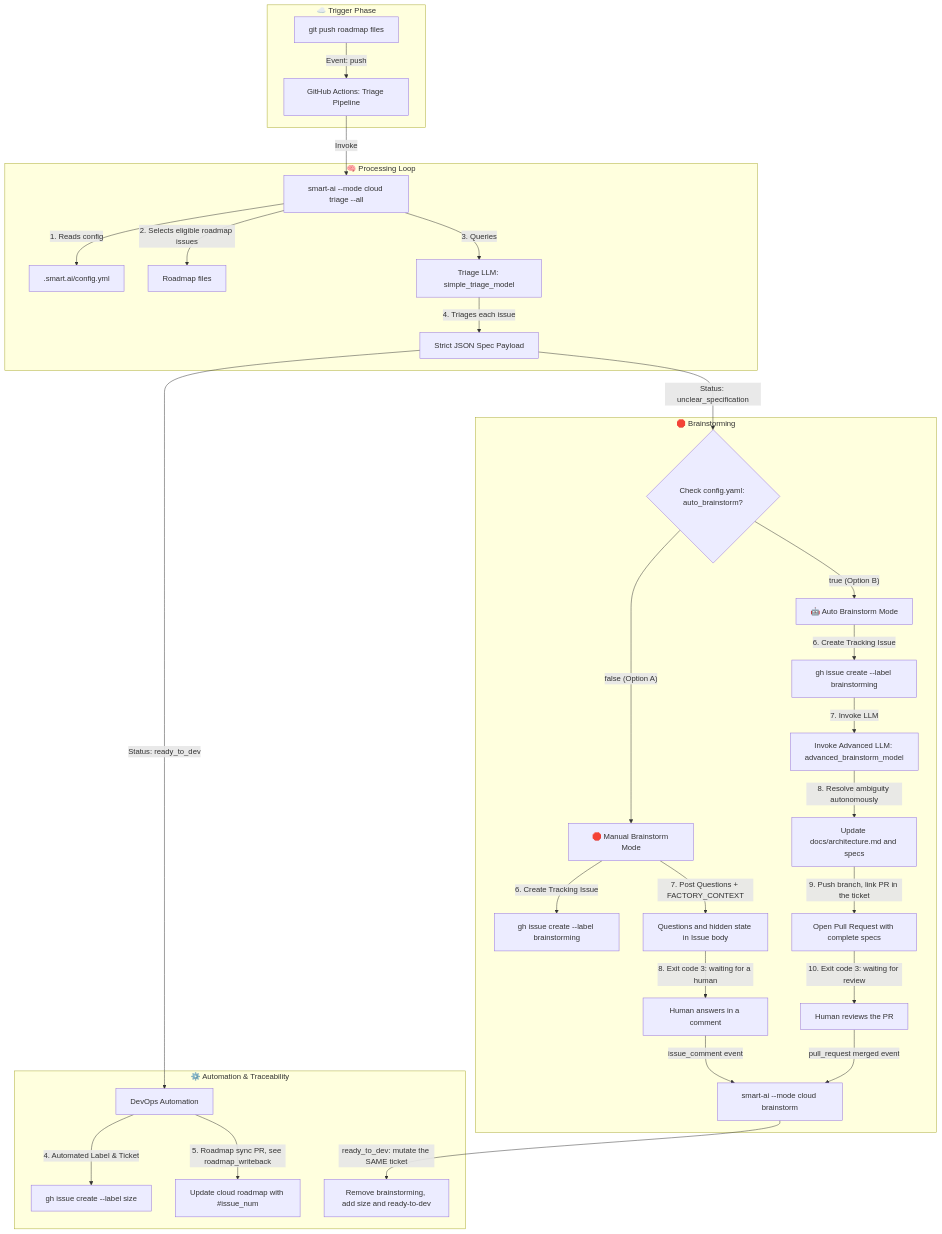
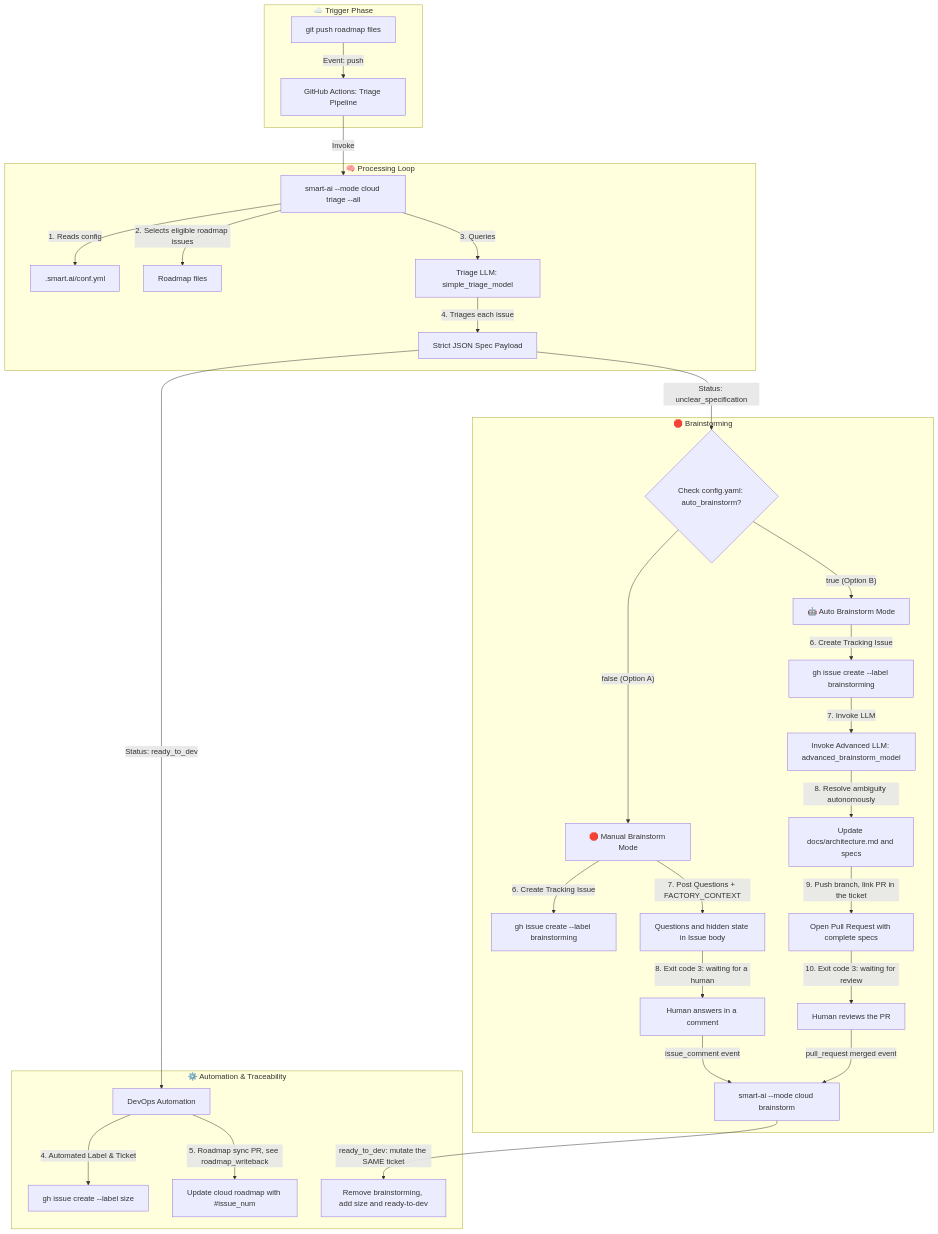
Before and after one commit to fletort/smart-ai-factory: the first of 3 diagrams in docs/specs/triage-cloud.md, drawn with Mermaid. The commit also changed 32 other files, not shown here.

````diff
--- a/docs/specs/triage-cloud.md
+++ b/docs/specs/triage-cloud.md
@@ -36,41 +36,41 @@
   ```mermaid
   graph TD
       subgraph "☁️ Trigger Phase"
           Git[git push roadmap files] -->|Event: push| CI_Triage[GitHub Actions: Triage Pipeline]
       end
 
       subgraph box1["🧠 Processing Loop"]
           CI_Triage -->|Invoke| CoreTriage[smart-ai --mode cloud triage --all]
-          CoreTriage -->|1. Reads config| Config[.smart.ai/config.yml]
+          CoreTriage -->|1. Reads config| Config[.smart.ai/conf.yml]
           CoreTriage -->|2. Selects eligible roadmap issues| RM0[Roadmap files]
           CoreTriage -->|3. Queries| LLM1[Triage LLM: simple_triage_model]
           LLM1 -->|4. Triages each issue| JSON1[Strict JSON Spec Payload]
       end
 
       subgraph "🛑 Brainstorming"
           JSON1 -->|"Status: unclear_specification"| CheckConfig{Check config.yaml: auto_brainstorm?}
 
           %% OPTION A : Stop & Open a Ticket
           CheckConfig -->|"false (Option A)"| CloudStop[🛑 Manual Brainstorm Mode]
           CloudStop -->|6. Create Tracking Issue| GH_BS[gh issue create --label brainstorming]
           CloudStop -->|7. Post Questions + FACTORY_CONTEXT| NativeComment[Questions and hidden state in Issue body]
           NativeComment -->|8. Exit code 3: waiting for a human| Wait[Human answers in a comment]
           Wait -->|issue_comment event| Resume[smart-ai --mode cloud brainstorm]
 
           %% OPTION B : Full Auto Brainstorm -> PR Direct
           CheckConfig -->|"true (Option B)"| CloudAuto[🤖 Auto Brainstorm Mode]
           CloudAuto -->|6. Create Tracking Issue| GH_BS2[gh issue create --label brainstorming]
           GH_BS2 -->|7. Invoke LLM| LLM2[Invoke Advanced LLM: advanced_brainstorm_model]
           LLM2 -->|8. Resolve ambiguity autonomously| Fix[Update docs/architecture.md and specs]
           Fix -->|9. Push branch, link PR in the ticket| PR[Open Pull Request with complete specs]
           PR -->|10. Exit code 3: waiting for review| Review[Human reviews the PR]
           Review -->|pull_request merged event| Resume
       end
 
       subgraph "⚙️ Automation & Traceability"
           JSON1 -->|"Status: ready_to_dev"| DevOpCloud[DevOps Automation]
           DevOpCloud -->|4. Automated Label & Ticket| GH_Issue[gh issue create --label size]
           DevOpCloud -->|5. Roadmap sync PR, see roadmap_writeback| GitSync[Update cloud roadmap with #issue_num]
           Resume -->|ready_to_dev: mutate the SAME ticket| Mutate[Remove brainstorming, add size and ready-to-dev]
       end
   ```
````
